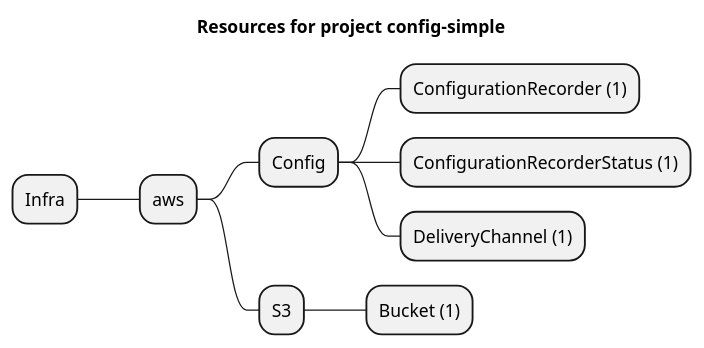
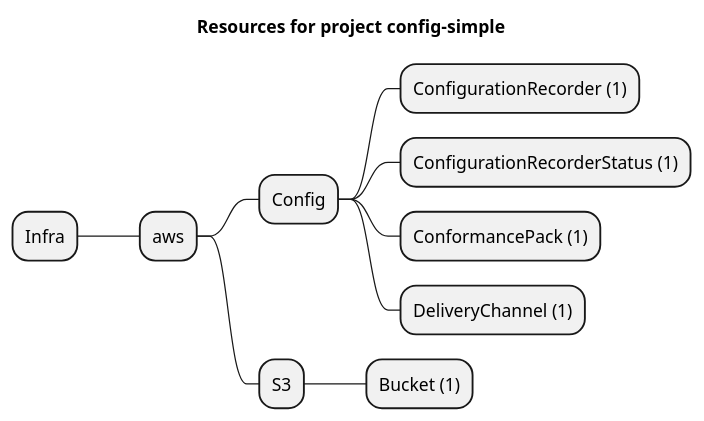
The diagram in examples/aws/Config/config-simple/artifacts/resources-mindmap.puml (grucloud/grucloud), drawn with PlantUML before and after one commit. The commit also changed 38 other files, not shown here.

```diff
--- a/examples/aws/Config/config-simple/artifacts/resources-mindmap.puml
+++ b/examples/aws/Config/config-simple/artifacts/resources-mindmap.puml
@@ -1,12 +1,13 @@
 @startmindmap
 title Resources for project config-simple
 skinparam monochrome true
 + Infra
 ++ aws
 +++ Config
 ++++ ConfigurationRecorder (1)
 ++++ ConfigurationRecorderStatus (1)
+++++ ConformancePack (1)
 ++++ DeliveryChannel (1)
 +++ S3
 ++++ Bucket (1)
 @endmindmap
```
